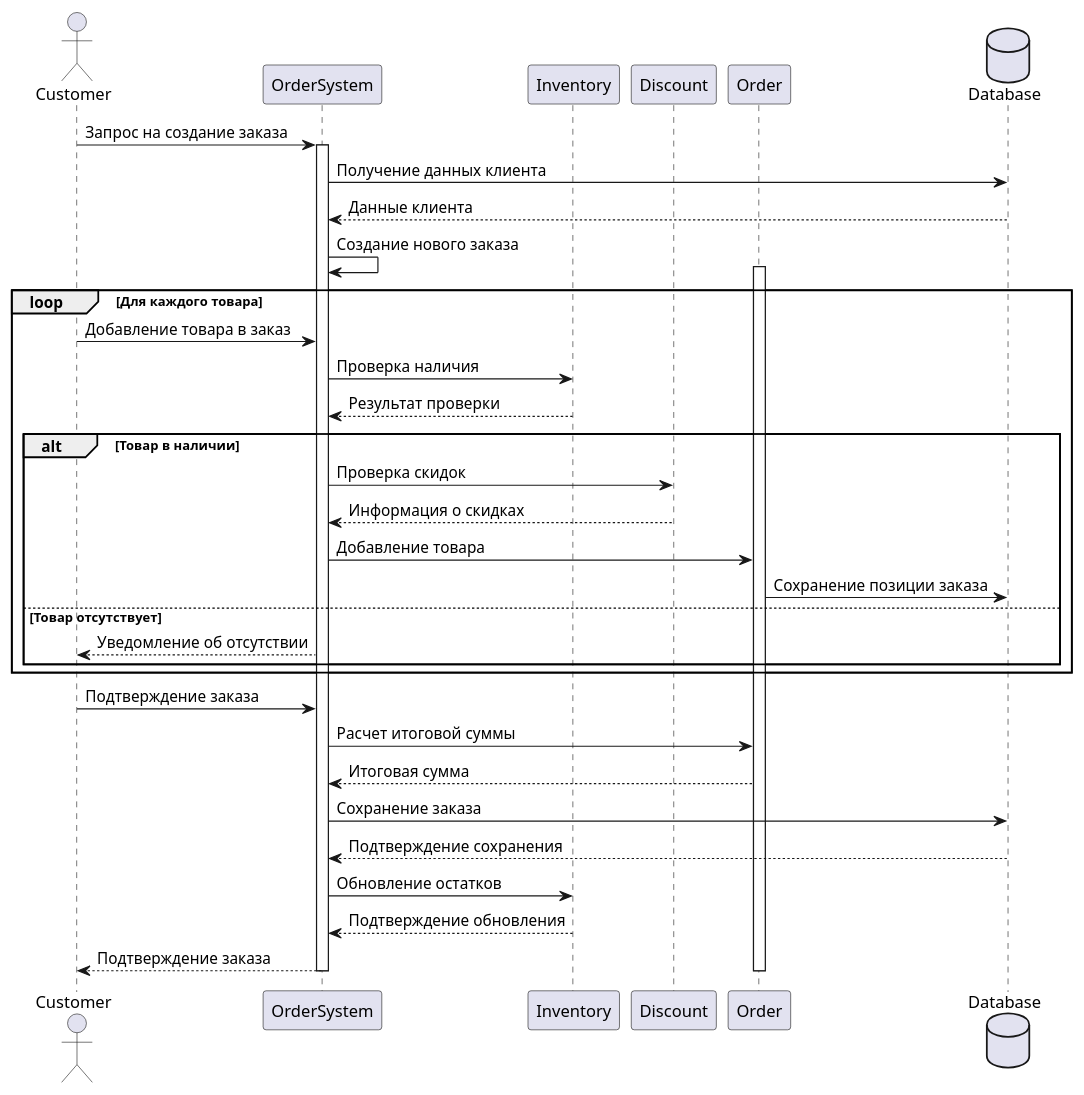
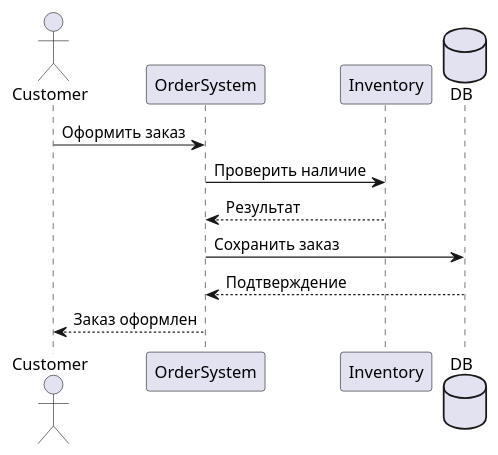
Before and after one commit to Kotaru16/qwe: the diagram in Docs/sequence_diagram.puml, drawn with PlantUML. The commit also changed 5 other files, not shown here.

Commit message:
Add UML diagrams as PNG images

```diff
--- a/Docs/sequence_diagram.puml
+++ b/Docs/sequence_diagram.puml
@@ -1,46 +1,16 @@
-@startuml Order Processing Sequence
+@startuml
 
 actor Customer
 participant "OrderSystem" as OS
 participant "Inventory" as Inv
-participant "Discount" as Disc
-participant "Order" as Ord
-database "Database" as DB
 
-Customer -> OS: Запрос на создание заказа
-activate OS
+database "DB"
 
-OS -> DB: Получение данных клиента
-DB --> OS: Данные клиента
-
-OS -> OS: Создание нового заказа
-activate Ord
-
-loop Для каждого товара
-    Customer -> OS: Добавление товара в заказ
-    OS -> Inv: Проверка наличия
-    Inv --> OS: Результат проверки
-    
-    alt Товар в наличии
-        OS -> Disc: Проверка скидок
-        Disc --> OS: Информация о скидках
-        OS -> Ord: Добавление товара
-        Ord -> DB: Сохранение позиции заказа
-    else Товар отсутствует
-        OS --> Customer: Уведомление об отсутствии
-    end
-end
-
-Customer -> OS: Подтверждение заказа
-OS -> Ord: Расчет итоговой суммы
-Ord --> OS: Итоговая сумма
-OS -> DB: Сохранение заказа
-DB --> OS: Подтверждение сохранения
-OS -> Inv: Обновление остатков
-Inv --> OS: Подтверждение обновления
-OS --> Customer: Подтверждение заказа
-
-deactivate Ord
-deactivate OS
+Customer -> OS: Оформить заказ
+OS -> Inv: Проверить наличие
+Inv --> OS: Результат
+OS -> DB: Сохранить заказ
+DB --> OS: Подтверждение
+OS --> Customer: Заказ оформлен
 
 @enduml 
```
